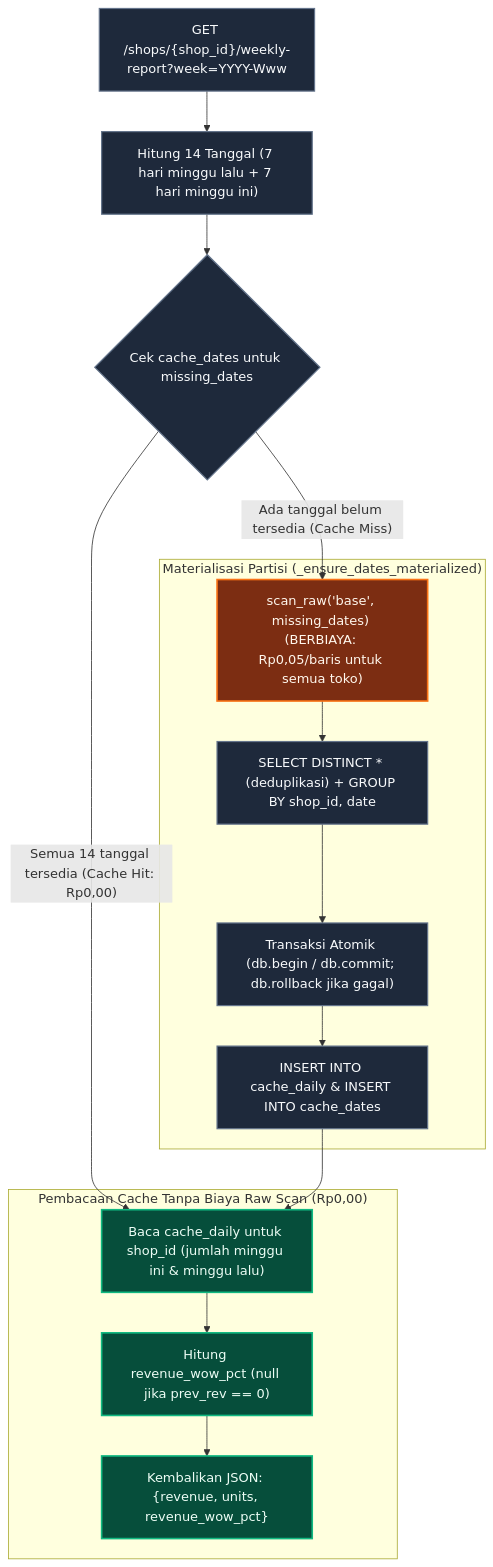
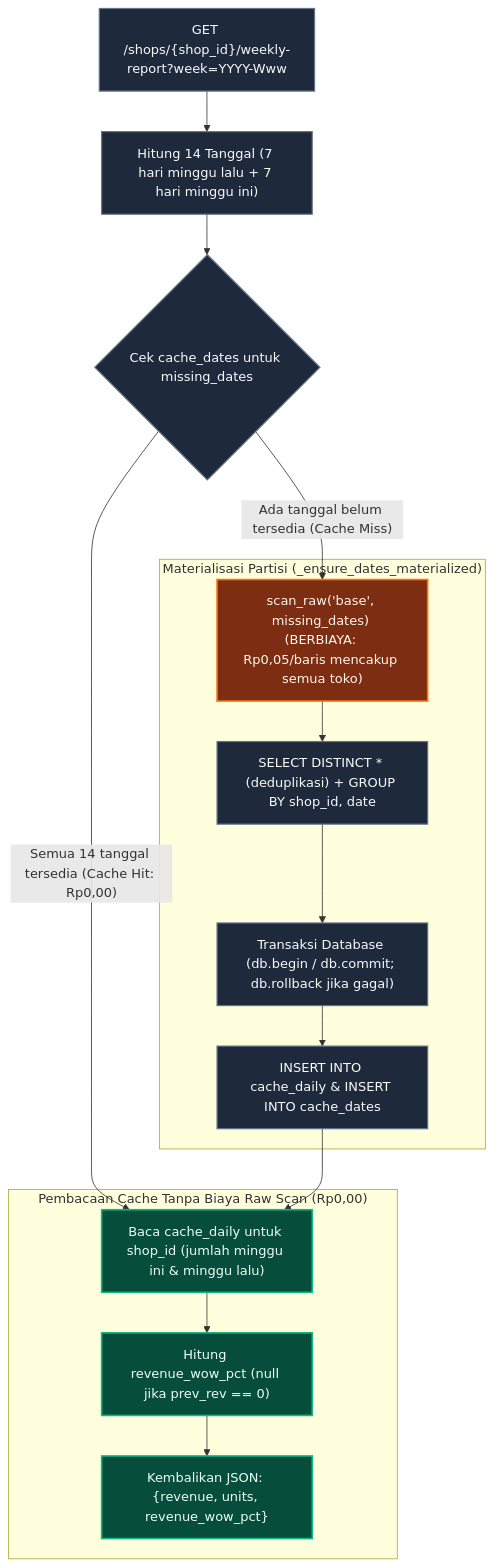
The first of 2 diagrams in README.md (faliqadlan/nesra-hiring-engineer), drawn with Mermaid before and after one commit. The commit also changed other lines of this file, not shown here.

Commit message:
docs(readme): clarify warehouse simulation cost, cache tables, transaction semantics, and delta/WoW behavior

````diff
--- a/README.md
+++ b/README.md
@@ -35,29 +74,29 @@
 ```mermaid
 flowchart TD
     Req["GET /shops/{shop_id}/weekly-report?week=YYYY-Www"] --> Window["Hitung 14 Tanggal (7 hari minggu lalu + 7 hari minggu ini)"]
     Window --> Check{"Cek cache_dates untuk missing_dates"}
 
     Check -- "Semua 14 tanggal tersedia (Cache Hit: Rp0,00)" --> QueryCache
-    Check -- "Ada tanggal belum tersedia (Cache Miss)" --> RawScan["scan_raw('base', missing_dates) (BERBIAYA: Rp0,05/baris untuk semua toko)"]
+    Check -- "Ada tanggal belum tersedia (Cache Miss)" --> RawScan["scan_raw('base', missing_dates) (BERBIAYA: Rp0,05/baris mencakup semua toko)"]
 
     subgraph PaidPath ["Materialisasi Partisi (_ensure_dates_materialized)"]
         RawScan --> DedupAgg["SELECT DISTINCT * (deduplikasi) + GROUP BY shop_id, date"]
-        DedupAgg --> Txn["Transaksi Atomik (db.begin / db.commit; db.rollback jika gagal)"]
+        DedupAgg --> Txn["Transaksi Database (db.begin / db.commit; db.rollback jika gagal)"]
         Txn --> WriteCache["INSERT INTO cache_daily & INSERT INTO cache_dates"]
     end
 
     WriteCache --> QueryCache
 
     subgraph FreePath ["Pembacaan Cache Tanpa Biaya Raw Scan (Rp0,00)"]
         QueryCache["Baca cache_daily untuk shop_id (jumlah minggu ini & minggu lalu)"] --> WoW["Hitung revenue_wow_pct (null jika prev_rev == 0)"]
         WoW --> Resp["Kembalikan JSON: {revenue, units, revenue_wow_pct}"]
     end
 
     classDef paid fill:#7c2d12,stroke:#f97316,stroke-width:2px,color:#fff7ed;
     classDef free fill:#064e3b,stroke:#10b981,stroke-width:2px,color:#ecfdf5;
     classDef neutral fill:#1e293b,stroke:#64748b,stroke-width:1.5px,color:#f8fafc;
 
     class RawScan paid;
     class QueryCache,WoW,Resp free;
     class Req,Window,Check,DedupAgg,Txn,WriteCache neutral;
 ```
````
